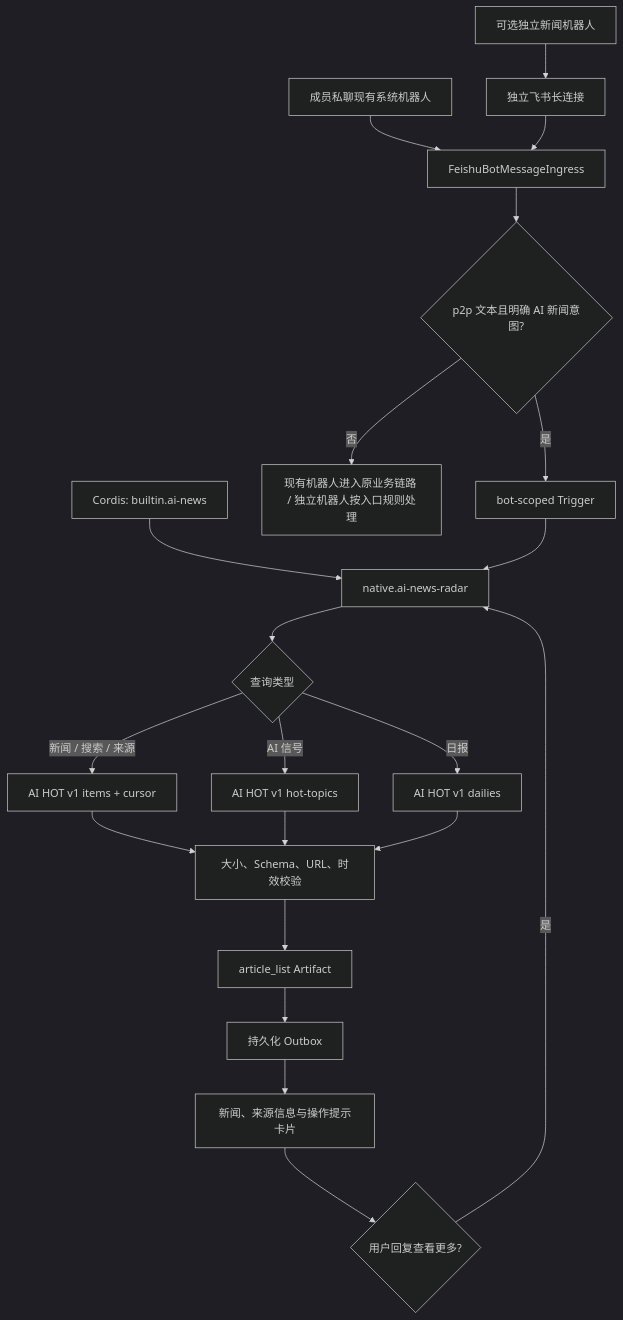
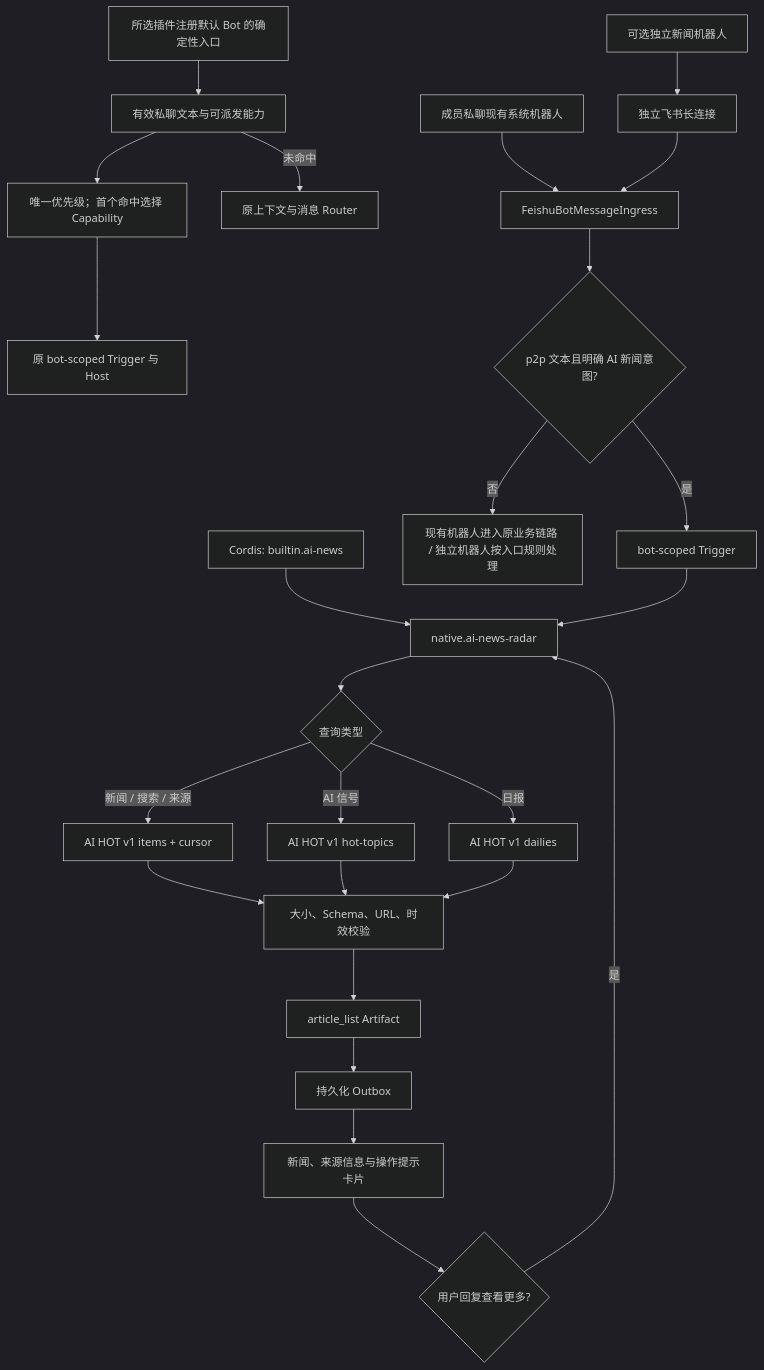
Before and after one commit to KlayPeter/AI-Delivery-Ops-Agent: the diagram in backend/src/agents/native/ai-news-radar/FEATURE.md, drawn with Mermaid (dark theme). The commit also changed other lines of this file and 17 other files, not shown here.

Commit message:
refactor: make default bot capability routing plugin-owned

````diff
--- a/backend/src/agents/native/ai-news-radar/FEATURE.md
+++ b/backend/src/agents/native/ai-news-radar/FEATURE.md
@@ -22,23 +22,27 @@
 ```mermaid
 flowchart TD
+    BOT_ENTRY_PLUGIN[所选插件注册默认 Bot 的确定性入口] --> BOT_ENTRY_GATE[有效私聊文本与可派发能力]
+    BOT_ENTRY_GATE --> BOT_ENTRY_ORDER[唯一优先级；首个命中选择 Capability]
+    BOT_ENTRY_ORDER --> BOT_ENTRY_RUN[原 bot-scoped Trigger 与 Host]
+    BOT_ENTRY_GATE -- 未命中 --> BOT_ENTRY_FALLBACK[原上下文与消息 Router]
     PL["Cordis: builtin.ai-news"] --> A
     U["成员私聊现有系统机器人"] --> I["FeishuBotMessageIngress"]
     S["可选独立新闻机器人"] --> W["独立飞书长连接"]
     W --> I
     I --> P{"p2p 文本且明确 AI 新闻意图?"}
     P -- 否 --> X["现有机器人进入原业务链路 / 独立机器人按入口规则处理"]
     P -- 是 --> T["bot-scoped Trigger"]
     T --> A["native.ai-news-radar"]
     A --> Q{"查询类型"}
     Q -- "新闻 / 搜索 / 来源" --> E["AI HOT v1 items + cursor"]
     Q -- "AI 信号" --> H["AI HOT v1 hot-topics"]
     Q -- "日报" --> J["AI HOT v1 dailies"]
     E --> V["大小、Schema、URL、时效校验"]
     H --> V
     J --> V
     V --> R["article_list Artifact"]
     R --> O["持久化 Outbox"]
     O --> D["新闻、来源信息与操作提示卡片"]
     D --> C{"用户回复查看更多?"}
     C -- 是 --> A
 ```
````
